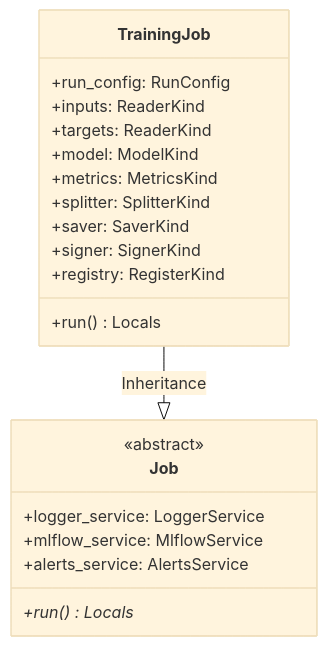
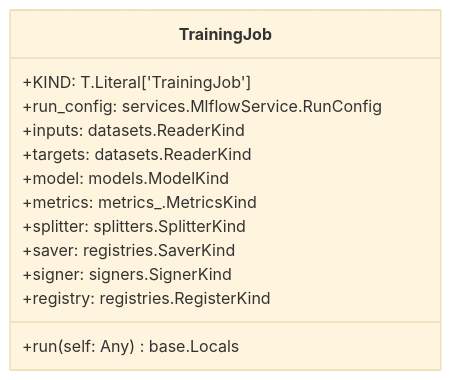
One commit to lgcorzo/mlops-python-package changed the first of 2 diagrams in openwiki/modules/regression_model_template/jobs/training.md. Above: the diagram before and after it, drawn with Mermaid (base theme). The commit also changed other lines of this file and 40 other files, not shown here.

````diff
--- a/openwiki/modules/regression_model_template/jobs/training.md
+++ b/openwiki/modules/regression_model_template/jobs/training.md
@@ -26,25 +23,17 @@
 ```mermaid
 classDiagram
     direction BT
-    class Job {
-        <<abstract>>
-        +logger_service: LoggerService
-        +mlflow_service: MlflowService
-        +alerts_service: AlertsService
-        +run()* Locals
+    class TrainingJob {
+        +KIND: T.Literal['TrainingJob']
+        +run_config: services.MlflowService.RunConfig
+        +inputs: datasets.ReaderKind
+        +targets: datasets.ReaderKind
+        +model: models.ModelKind
+        +metrics: metrics_.MetricsKind
+        +splitter: splitters.SplitterKind
+        +saver: registries.SaverKind
+        +signer: signers.SignerKind
+        +registry: registries.RegisterKind
+        +run(self: Any) base.Locals
     }
-    class TrainingJob {
-        +run_config: RunConfig
-        +inputs: ReaderKind
-        +targets: ReaderKind
-        +model: ModelKind
-        +metrics: MetricsKind
-        +splitter: SplitterKind
-        +saver: SaverKind
-        +signer: SignerKind
-        +registry: RegisterKind
-        +run() Locals
-    }
-
-    Job <|-- TrainingJob : Inheritance
 ```
````
